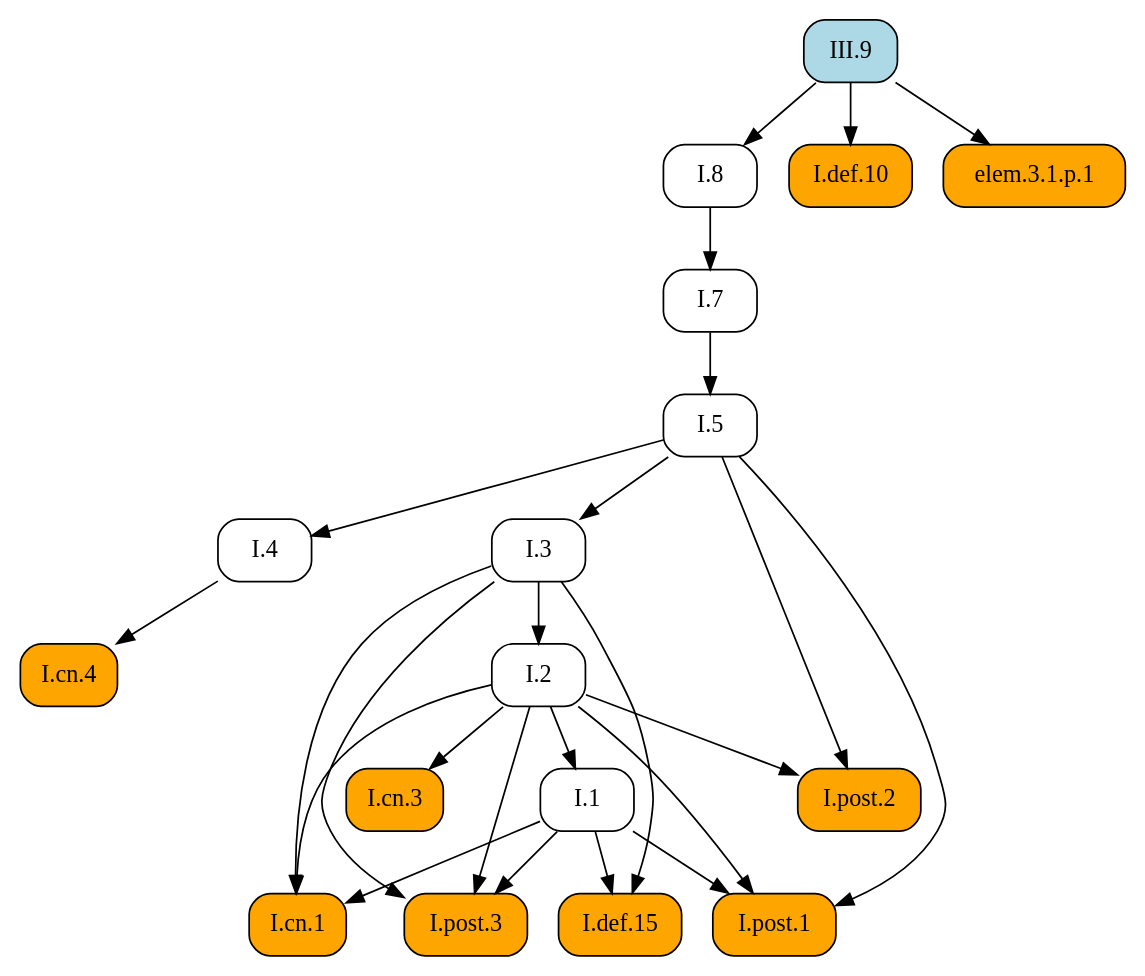
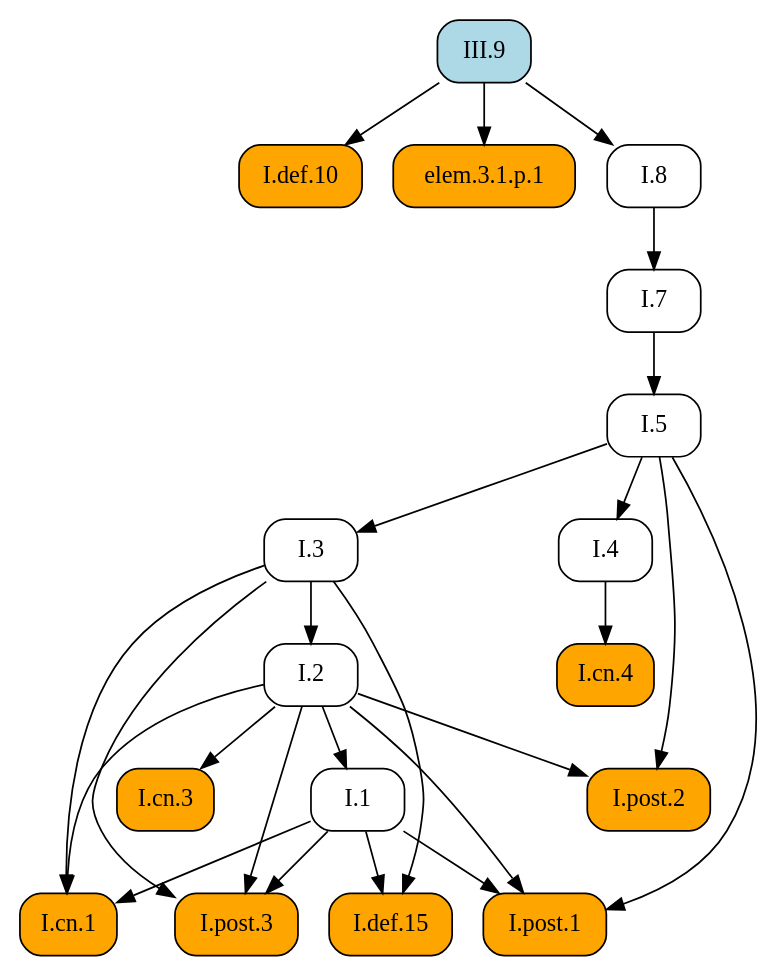
One commit to geometor/elements changed the diagram in docsrc/heath/III/9/index.rst. Above: the diagram before and after it, drawn with Graphviz. The commit also changed other lines of this file and 1029 other files, not shown here.

```diff
--- a/docsrc/heath/III/9/index.rst
+++ b/docsrc/heath/III/9/index.rst
@@ -71,47 +71,47 @@
 .. graphviz::
 
    digraph {
      rankdir="TB";
      node [shape=box, style=rounded];
+     "I.def.10" [style="rounded,filled", fillcolor=orange, URL="/heath/I/def.10/", target="_top"];
+     "I.1" [URL="/heath/I/1/", target="_top"];
+     "I.7" [URL="/heath/I/7/", target="_top"];
+     "I.3" [URL="/heath/I/3/", target="_top"];
+     "I.2" [URL="/heath/I/2/", target="_top"];
+     "I.4" [URL="/heath/I/4/", target="_top"];
+     "elem.3.1.p.1" [style="rounded,filled", fillcolor=orange];
+     "I.post.2" [style="rounded,filled", fillcolor=orange, URL="/heath/I/post.2/", target="_top"];
+     "III.9" [style="rounded,filled", fillcolor=lightblue, URL="/heath/III/9/", target="_top"];
+     "I.def.15" [style="rounded,filled", fillcolor=orange, URL="/heath/I/def.15/", target="_top"];
+     "I.post.3" [style="rounded,filled", fillcolor=orange, URL="/heath/I/post.3/", target="_top"];
+     "I.cn.1" [style="rounded,filled", fillcolor=orange, URL="/heath/I/cn.1/", target="_top"];
      "I.cn.3" [style="rounded,filled", fillcolor=orange, URL="/heath/I/cn.3/", target="_top"];
+     "I.8" [URL="/heath/I/8/", target="_top"];
+     "I.cn.4" [style="rounded,filled", fillcolor=orange, URL="/heath/I/cn.4/", target="_top"];
+     "I.post.1" [style="rounded,filled", fillcolor=orange, URL="/heath/I/post.1/", target="_top"];
      "I.5" [URL="/heath/I/5/", target="_top"];
-     "III.9" [style="rounded,filled", fillcolor=lightblue, URL="/heath/III/9/", target="_top"];
-     "I.7" [URL="/heath/I/7/", target="_top"];
-     "I.4" [URL="/heath/I/4/", target="_top"];
-     "I.3" [URL="/heath/I/3/", target="_top"];
-     "I.8" [URL="/heath/I/8/", target="_top"];
-     "I.def.10" [style="rounded,filled", fillcolor=orange, URL="/heath/I/def.10/", target="_top"];
-     "I.post.2" [style="rounded,filled", fillcolor=orange, URL="/heath/I/post.2/", target="_top"];
-     "I.2" [URL="/heath/I/2/", target="_top"];
-     "I.def.15" [style="rounded,filled", fillcolor=orange, URL="/heath/I/def.15/", target="_top"];
-     "I.1" [URL="/heath/I/1/", target="_top"];
-     "I.post.3" [style="rounded,filled", fillcolor=orange, URL="/heath/I/post.3/", target="_top"];
-     "I.post.1" [style="rounded,filled", fillcolor=orange, URL="/heath/I/post.1/", target="_top"];
-     "I.cn.4" [style="rounded,filled", fillcolor=orange, URL="/heath/I/cn.4/", target="_top"];
-     "elem.3.1.p.1" [style="rounded,filled", fillcolor=orange];
-     "I.cn.1" [style="rounded,filled", fillcolor=orange, URL="/heath/I/cn.1/", target="_top"];
-     "I.2" -> "I.cn.3";
-     "I.7" -> "I.5";
+     "III.9" -> "I.def.10";
+     "I.2" -> "I.1";
      "I.8" -> "I.7";
+     "I.5" -> "I.3";
+     "I.3" -> "I.2";
      "I.5" -> "I.4";
-     "I.5" -> "I.3";
-     "III.9" -> "I.8";
-     "III.9" -> "I.def.10";
+     "III.9" -> "elem.3.1.p.1";
      "I.2" -> "I.post.2";
      "I.5" -> "I.post.2";
-     "I.3" -> "I.2";
      "I.1" -> "I.def.15";
      "I.3" -> "I.def.15";
-     "I.2" -> "I.1";
      "I.1" -> "I.post.3";
      "I.2" -> "I.post.3";
      "I.3" -> "I.post.3";
+     "I.1" -> "I.cn.1";
+     "I.2" -> "I.cn.1";
+     "I.3" -> "I.cn.1";
+     "I.2" -> "I.cn.3";
+     "III.9" -> "I.8";
+     "I.4" -> "I.cn.4";
      "I.1" -> "I.post.1";
      "I.2" -> "I.post.1";
      "I.5" -> "I.post.1";
-     "I.4" -> "I.cn.4";
-     "III.9" -> "elem.3.1.p.1";
-     "I.1" -> "I.cn.1";
-     "I.2" -> "I.cn.1";
-     "I.3" -> "I.cn.1";
+     "I.7" -> "I.5";
    }
```
